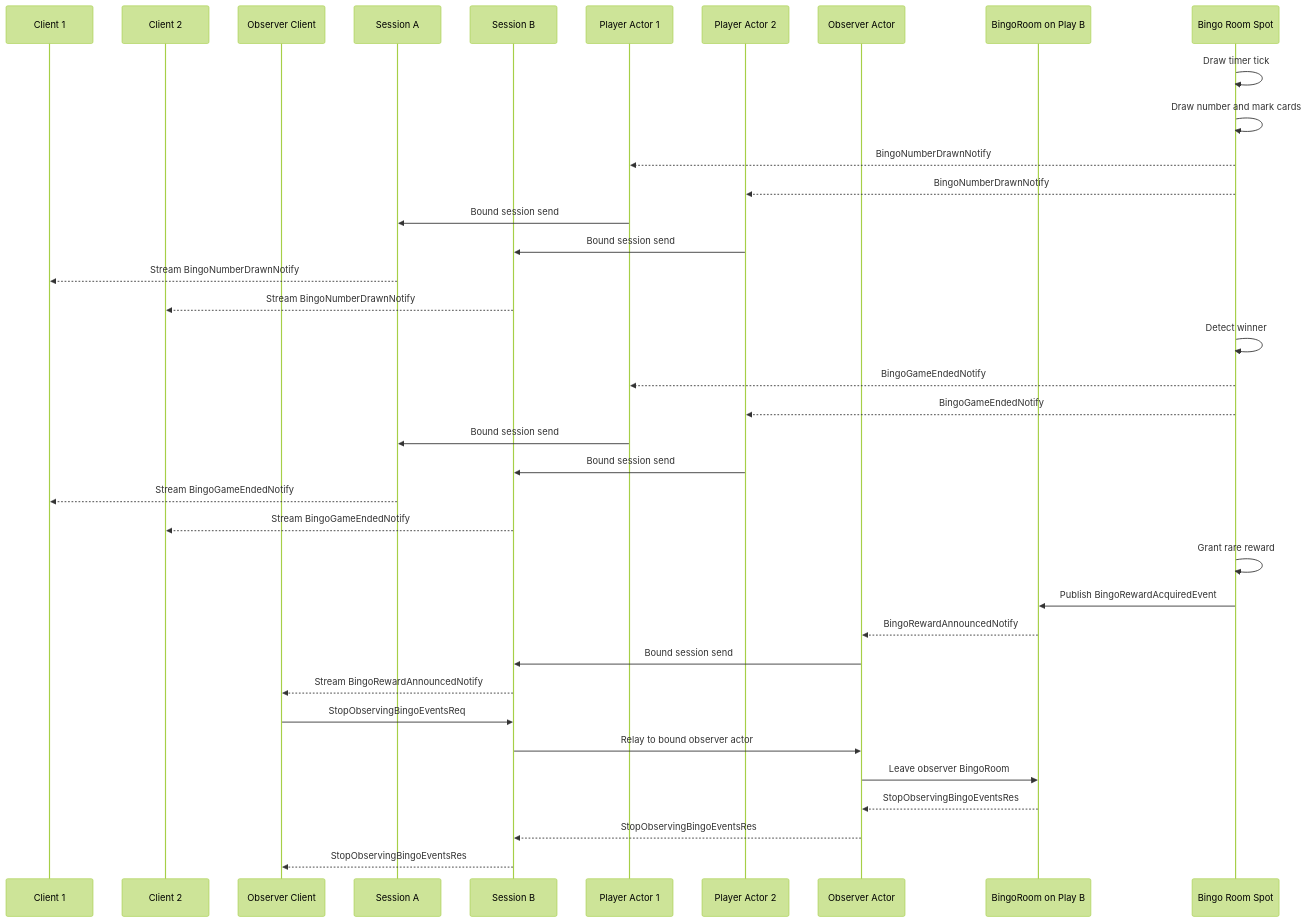
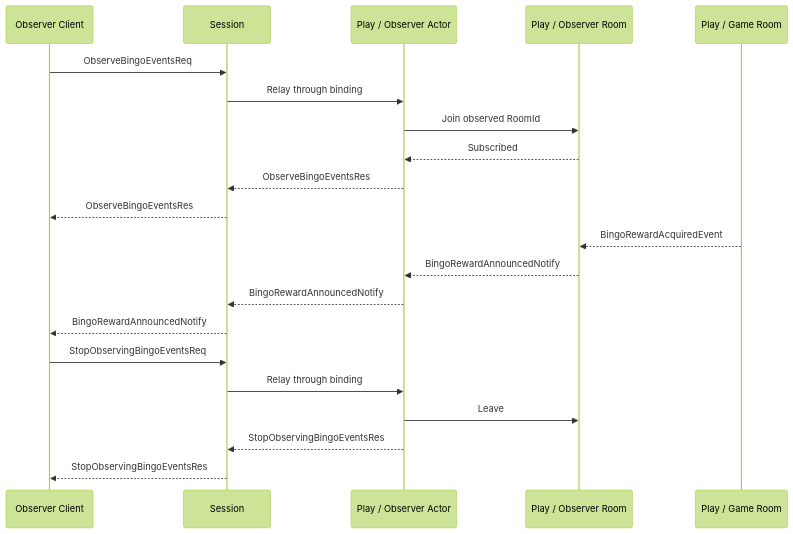
The fifth of 6 diagrams in framework/doc/framework/common/sample/bingo/README.ko.md (kairos-code-dev/zlink), drawn with Mermaid (forest theme) before and after one commit. The commit also changed other lines of this file and 39 other files, not shown here.

````diff
--- a/framework/doc/framework/common/sample/bingo/README.ko.md
+++ b/framework/doc/framework/common/sample/bingo/README.ko.md
@@ -1112,40 +527,26 @@
 ```mermaid
 sequenceDiagram
-    participant C1 as Client 1
-    participant C2 as Client 2
-    participant O as Observer Client
-    participant S1 as Session A
-    participant S2 as Session B
-    participant A1 as Player Actor 1
-    participant A2 as Player Actor 2
-    participant A3 as Observer Actor
-    participant BR2 as BingoRoom on Play B
-    participant R as Bingo Room Spot
+    participant Observer as Observer Client
+    participant Session
+    participant ObserverActor as Play / Observer Actor
+    participant ObserverRoom as Play / Observer Room
+    participant GameRoom as Play / Game Room
 
-    R->>R: Draw timer tick
-    R->>R: Draw number and mark cards
-    R-->>A1: BingoNumberDrawnNotify
-    R-->>A2: BingoNumberDrawnNotify
-    A1->>S1: Bound session send
-    A2->>S2: Bound session send
-    S1-->>C1: Stream BingoNumberDrawnNotify
-    S2-->>C2: Stream BingoNumberDrawnNotify
-    R->>R: Detect winner
-    R-->>A1: BingoGameEndedNotify
-    R-->>A2: BingoGameEndedNotify
-    A1->>S1: Bound session send
-    A2->>S2: Bound session send
-    S1-->>C1: Stream BingoGameEndedNotify
-    S2-->>C2: Stream BingoGameEndedNotify
-    R->>R: Grant rare reward
-    R->>BR2: Publish BingoRewardAcquiredEvent
-    BR2-->>A3: BingoRewardAnnouncedNotify
-    A3->>S2: Bound session send
-    S2-->>O: Stream BingoRewardAnnouncedNotify
-    O->>S2: StopObservingBingoEventsReq
-    S2->>A3: Relay to bound observer actor
-    A3->>BR2: Leave observer BingoRoom
-    BR2-->>A3: StopObservingBingoEventsRes
-    A3-->>S2: StopObservingBingoEventsRes
-    S2-->>O: StopObservingBingoEventsRes
+    Observer->>Session: ObserveBingoEventsReq
+    Session->>ObserverActor: Relay through binding
+    ObserverActor->>ObserverRoom: Join observed RoomId
+    ObserverRoom-->>ObserverActor: Subscribed
+    ObserverActor-->>Session: ObserveBingoEventsRes
+    Session-->>Observer: ObserveBingoEventsRes
+
+    GameRoom-->>ObserverRoom: BingoRewardAcquiredEvent
+    ObserverRoom-->>ObserverActor: BingoRewardAnnouncedNotify
+    ObserverActor-->>Session: BingoRewardAnnouncedNotify
+    Session-->>Observer: BingoRewardAnnouncedNotify
+
+    Observer->>Session: StopObservingBingoEventsReq
+    Session->>ObserverActor: Relay through binding
+    ObserverActor->>ObserverRoom: Leave
+    ObserverActor-->>Session: StopObservingBingoEventsRes
+    Session-->>Observer: StopObservingBingoEventsRes
 ```
````
